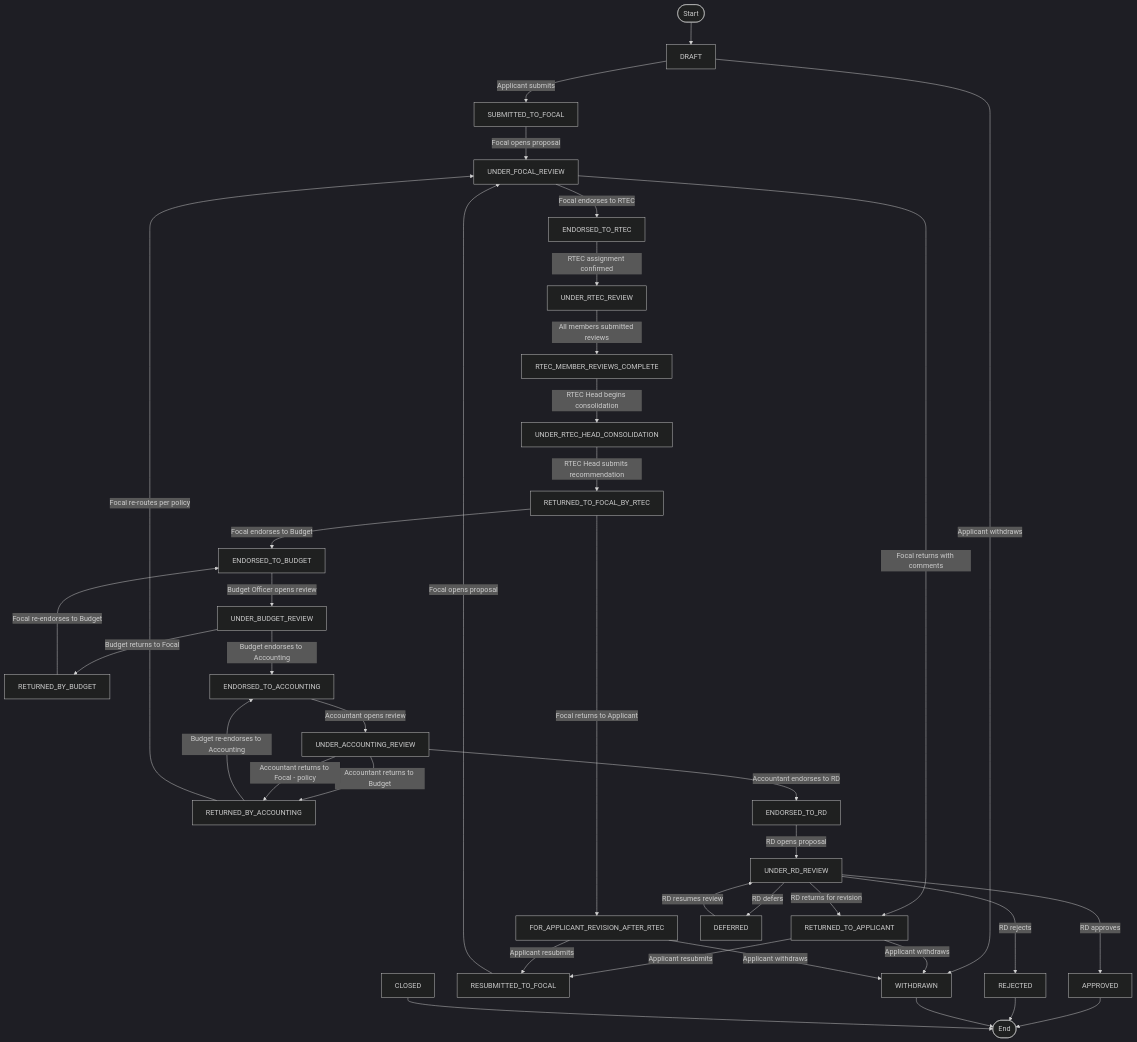
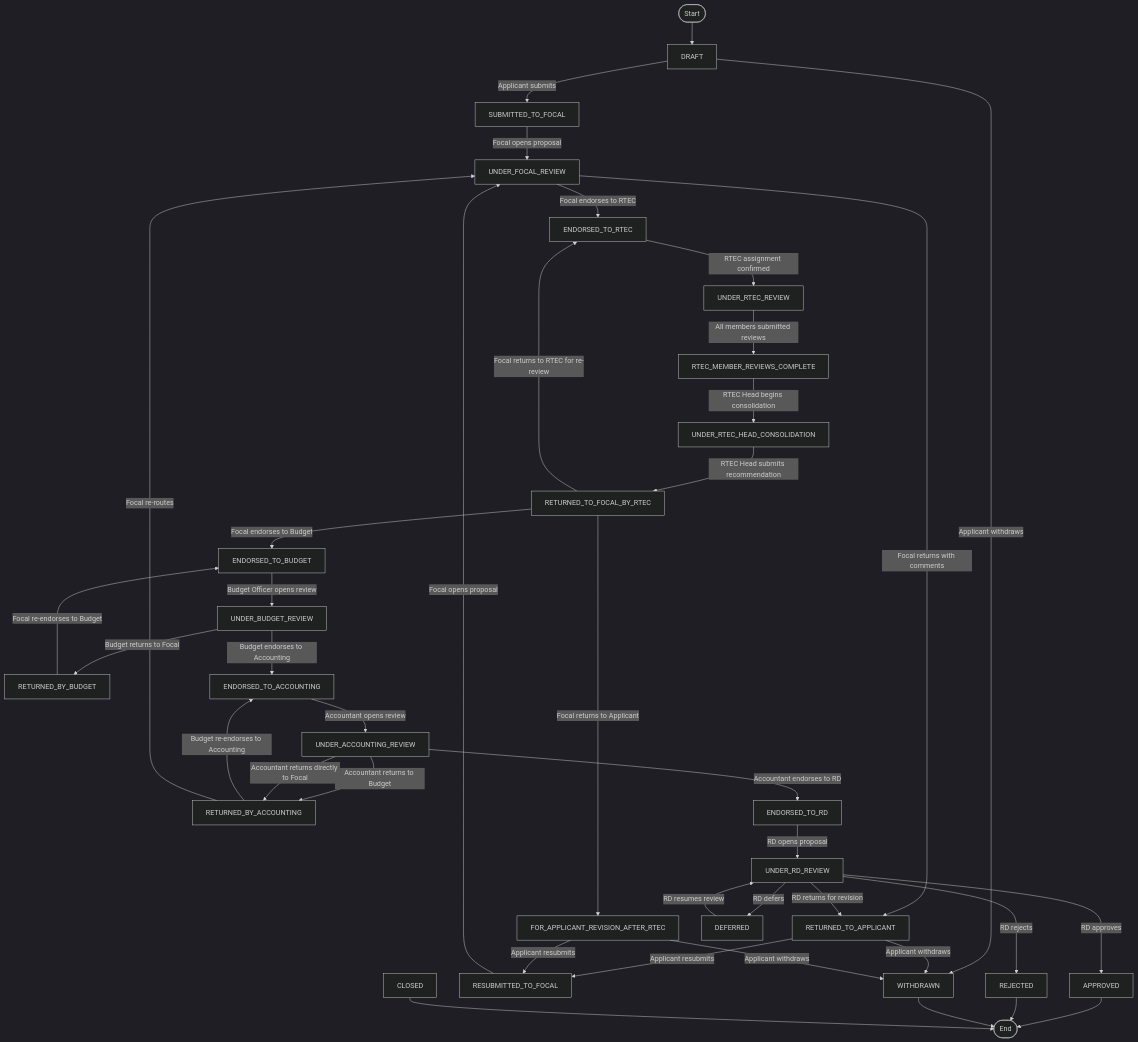
The diagram in docs/workflows/PRIME-v2-Workflow.md (OneDOST4U/prime-v2), drawn with Mermaid (dark theme) before and after one commit. The commit also changed other lines of this file and 2 other files, not shown here.

````diff
--- a/docs/workflows/PRIME-v2-Workflow.md
+++ b/docs/workflows/PRIME-v2-Workflow.md
@@ -57,61 +57,62 @@
 ```mermaid
 flowchart TD
     A([Start]) --> DRAFT
 
     DRAFT -->|Applicant submits| SUBMITTED_TO_FOCAL
     DRAFT -->|Applicant withdraws| WITHDRAWN
 
     SUBMITTED_TO_FOCAL -->|Focal opens proposal| UNDER_FOCAL_REVIEW
 
     UNDER_FOCAL_REVIEW -->|Focal returns with comments| RETURNED_TO_APPLICANT
     UNDER_FOCAL_REVIEW -->|Focal endorses to RTEC| ENDORSED_TO_RTEC
 
     RETURNED_TO_APPLICANT -->|Applicant resubmits| RESUBMITTED_TO_FOCAL
     RETURNED_TO_APPLICANT -->|Applicant withdraws| WITHDRAWN
 
     RESUBMITTED_TO_FOCAL -->|Focal opens proposal| UNDER_FOCAL_REVIEW
 
     ENDORSED_TO_RTEC -->|RTEC assignment confirmed| UNDER_RTEC_REVIEW
 
     UNDER_RTEC_REVIEW -->|All members submitted reviews| RTEC_MEMBER_REVIEWS_COMPLETE
 
     RTEC_MEMBER_REVIEWS_COMPLETE -->|RTEC Head begins consolidation| UNDER_RTEC_HEAD_CONSOLIDATION
 
     UNDER_RTEC_HEAD_CONSOLIDATION -->|RTEC Head submits recommendation| RETURNED_TO_FOCAL_BY_RTEC
 
     RETURNED_TO_FOCAL_BY_RTEC -->|Focal returns to Applicant| FOR_APPLICANT_REVISION_AFTER_RTEC
+    RETURNED_TO_FOCAL_BY_RTEC -->|Focal returns to RTEC for re-review| ENDORSED_TO_RTEC
     RETURNED_TO_FOCAL_BY_RTEC -->|Focal endorses to Budget| ENDORSED_TO_BUDGET
 
     FOR_APPLICANT_REVISION_AFTER_RTEC -->|Applicant resubmits| RESUBMITTED_TO_FOCAL
     FOR_APPLICANT_REVISION_AFTER_RTEC -->|Applicant withdraws| WITHDRAWN
 
     ENDORSED_TO_BUDGET -->|Budget Officer opens review| UNDER_BUDGET_REVIEW
 
     UNDER_BUDGET_REVIEW -->|Budget returns to Focal| RETURNED_BY_BUDGET
     UNDER_BUDGET_REVIEW -->|Budget endorses to Accounting| ENDORSED_TO_ACCOUNTING
 
     RETURNED_BY_BUDGET -->|Focal re-endorses to Budget| ENDORSED_TO_BUDGET
 
     ENDORSED_TO_ACCOUNTING -->|Accountant opens review| UNDER_ACCOUNTING_REVIEW
 
     UNDER_ACCOUNTING_REVIEW -->|Accountant returns to Budget| RETURNED_BY_ACCOUNTING
-    UNDER_ACCOUNTING_REVIEW -->|Accountant returns to Focal - policy| RETURNED_BY_ACCOUNTING
+    UNDER_ACCOUNTING_REVIEW -->|Accountant returns directly to Focal| RETURNED_BY_ACCOUNTING
     UNDER_ACCOUNTING_REVIEW -->|Accountant endorses to RD| ENDORSED_TO_RD
 
     RETURNED_BY_ACCOUNTING -->|Budget re-endorses to Accounting| ENDORSED_TO_ACCOUNTING
-    RETURNED_BY_ACCOUNTING -->|Focal re-routes per policy| UNDER_FOCAL_REVIEW
+    RETURNED_BY_ACCOUNTING -->|Focal re-routes| UNDER_FOCAL_REVIEW
 
     ENDORSED_TO_RD -->|RD opens proposal| UNDER_RD_REVIEW
 
     UNDER_RD_REVIEW -->|RD approves| APPROVED
     UNDER_RD_REVIEW -->|RD defers| DEFERRED
     UNDER_RD_REVIEW -->|RD rejects| REJECTED
     UNDER_RD_REVIEW -->|RD returns for revision| RETURNED_TO_APPLICANT
 
     DEFERRED -->|RD resumes review| UNDER_RD_REVIEW
 
     APPROVED --> End([End])
     REJECTED --> End
     WITHDRAWN --> End
     CLOSED --> End
 ```
````
